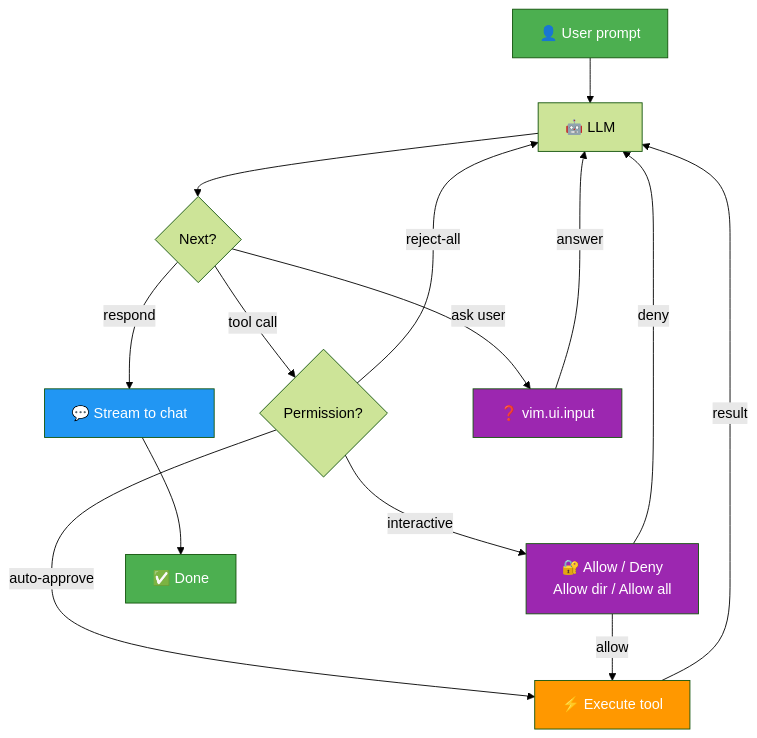
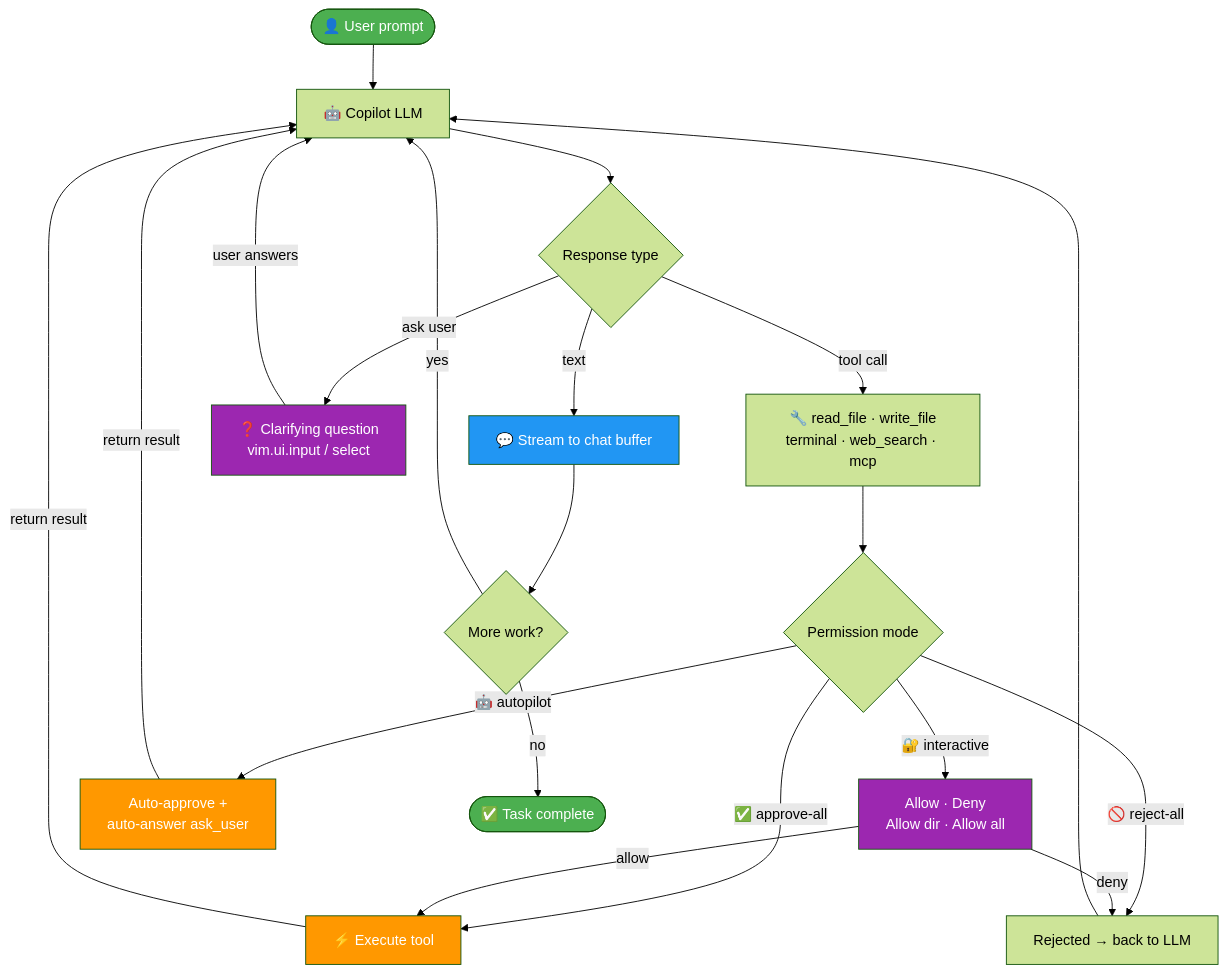
The first of 2 diagrams in README.md (ray-x/copilot-agent.nvim), drawn with Mermaid (forest theme) before and after one commit. The commit also changed other lines of this file, not shown here.

Commit message:
docs: improve agent tool loop flowchart
Show the full iterative loop (LLM → tool/respond/ask → back to LLM →
more work?), all four permission modes (interactive, approve-all,
autopilot, reject-all), and concrete tool names in the tool call node.

````diff
--- a/README.md
+++ b/README.md
@@ -20,27 +20,36 @@
 ```mermaid
 flowchart TD
-    User["👤 User prompt"] --> LLM["🤖 LLM"]
-    LLM --> Decision{Next?}
+    User(["👤 User prompt"]) --> LLM["🤖 Copilot LLM"]
+    LLM --> Decision{Response type}
 
-    Decision -->|respond| Stream["💬 Stream to chat"]
-    Decision -->|tool call| Perm{"Permission?"}
-    Decision -->|ask user| Ask["❓ vim.ui.input"]
+    Decision -->|"text"| Stream["💬 Stream to chat buffer"]
+    Decision -->|"tool call"| Tool["🔧 read_file · write_file\nterminal · web_search · mcp"]
+    Decision -->|"ask user"| Ask["❓ Clarifying question\nvim.ui.input / select"]
 
-    Perm -->|auto-approve| Exec["⚡ Execute tool"]
-    Perm -->|interactive| Pick["🔐 Allow / Deny\nAllow dir / Allow all"]
-    Perm -->|reject-all| LLM
+    Tool --> Perm{Permission mode}
 
-    Pick -->|allow| Exec
-    Pick -->|deny| LLM
+    Perm -->|"🔐 interactive"| Pick["Allow · Deny\nAllow dir · Allow all"]
+    Perm -->|"✅ approve-all"| Exec
+    Perm -->|"🤖 autopilot"| AutoExec["Auto-approve +\nauto-answer ask_user"]
+    Perm -->|"🚫 reject-all"| Denied["Rejected → back to LLM"]
 
-    Exec -->|result| LLM
-    Ask -->|answer| LLM
-    Stream --> Done["✅ Done"]
+    Pick -->|"allow"| Exec["⚡ Execute tool"]
+    Pick -->|"deny"| Denied
+
+    Exec -->|"return result"| LLM
+    AutoExec -->|"return result"| LLM
+    Denied --> LLM
+    Ask -->|"user answers"| LLM
+
+    Stream --> More{More work?}
+    More -->|"yes"| LLM
+    More -->|"no"| Done(["✅ Task complete"])
 
     style User fill:#4CAF50,color:#fff
     style Done fill:#4CAF50,color:#fff
     style Stream fill:#2196F3,color:#fff
     style Exec fill:#FF9800,color:#fff
+    style AutoExec fill:#FF9800,color:#fff
     style Pick fill:#9C27B0,color:#fff
     style Ask fill:#9C27B0,color:#fff
 ```
````
